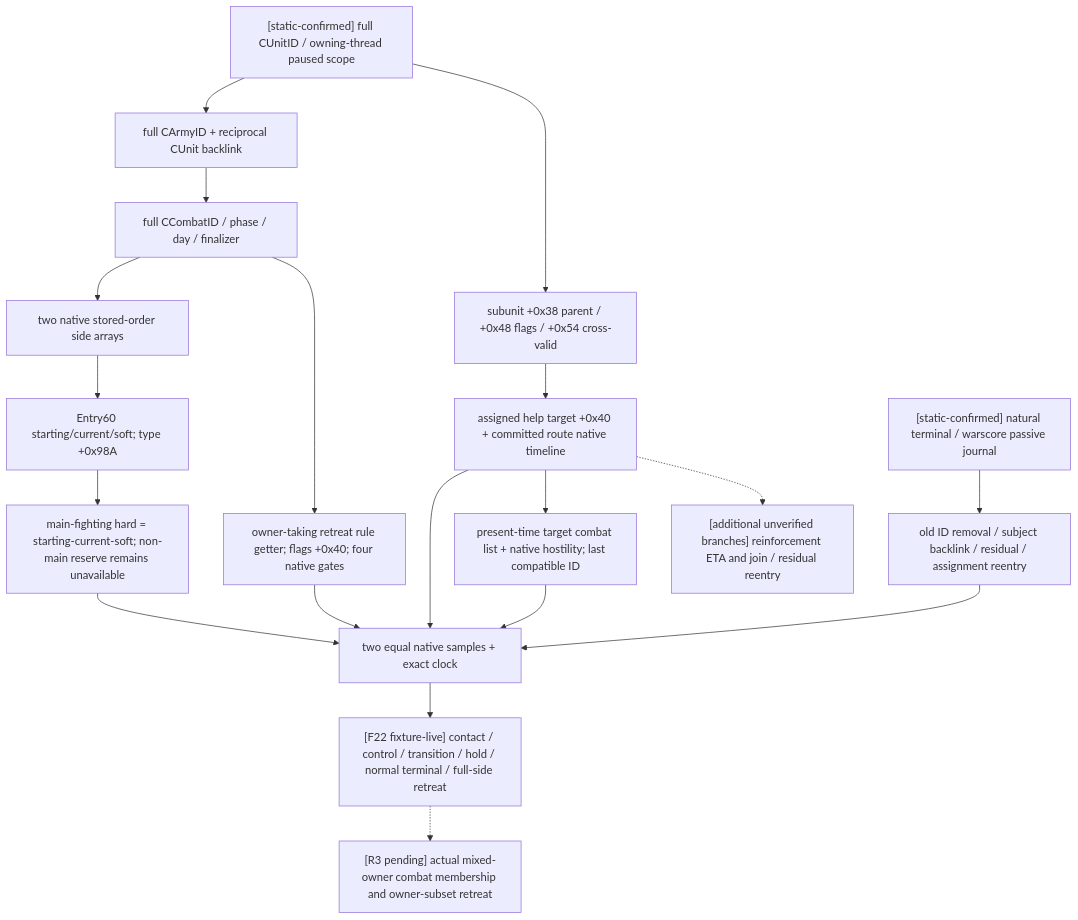
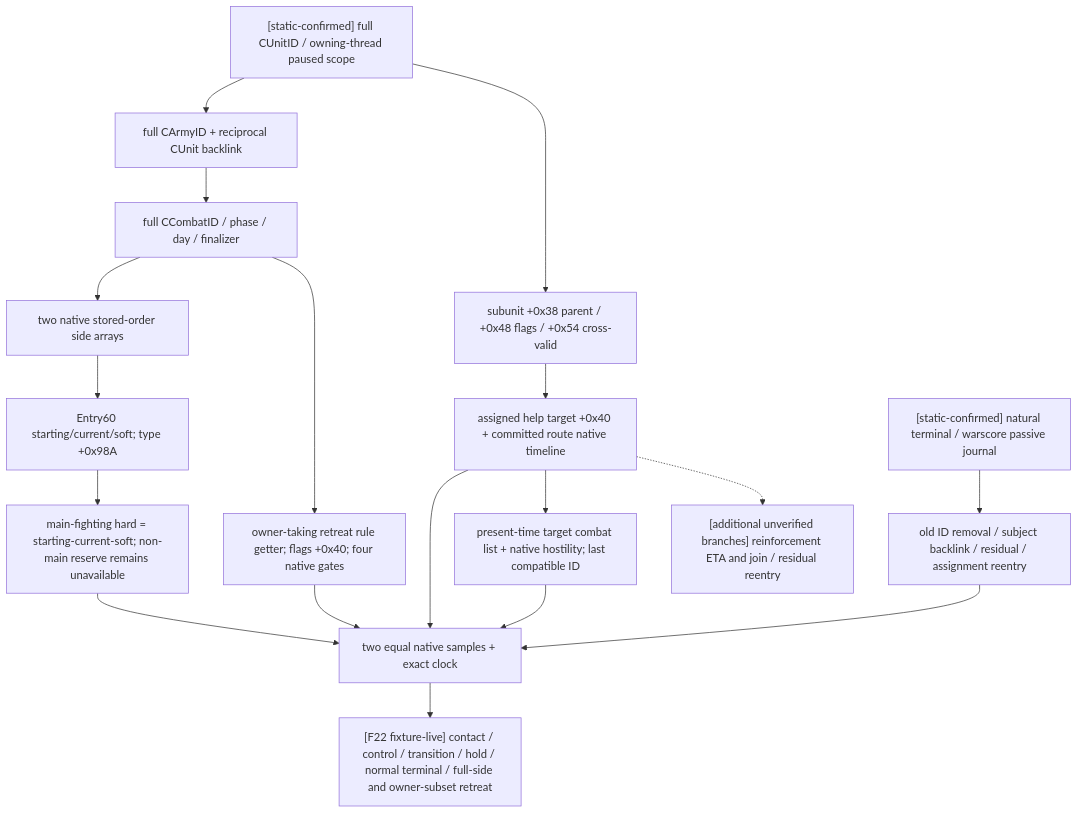
Before and after one commit to XenoAmess/ck3_eternal_recurrence: the diagram in docs/ck3-native-ai/ck3-1.20.0.2-battle-migration.md, drawn with Mermaid. The commit also changed other lines of this file and 11 other files, not shown here.

````diff
--- a/docs/ck3-native-ai/ck3-1.20.0.2-battle-migration.md
+++ b/docs/ck3-native-ai/ck3-1.20.0.2-battle-migration.md
@@ -36,21 +36,20 @@
 ```mermaid
 flowchart TD
     U["[static-confirmed] full CUnitID / owning-thread paused scope"] --> A["full CArmyID + reciprocal CUnit backlink"]
     A --> C["full CCombatID / phase / day / finalizer"]
     C --> S["two native stored-order side arrays"]
     S --> E["Entry60 starting/current/soft; type +0x98A"]
     E --> H["main-fighting hard = starting-current-soft; non-main reserve remains unavailable"]
     C --> R["owner-taking retreat rule getter; flags +0x40; four native gates"]
     U --> M["subunit +0x38 parent / +0x48 flags / +0x54 cross-valid"]
     M --> T["assigned help target +0x40 + committed route native timeline"]
     T --> P["present-time target combat list + native hostility; last compatible ID"]
     J["[static-confirmed] natural terminal / warscore passive journal"] --> D["old ID removal / subject backlink / residual / assignment reentry"]
     H --> F["two equal native samples + exact clock"]
     R --> F
     T --> F
     P --> F
     D --> F
-    F --> L["[F22 fixture-live] contact / control / transition / hold / normal terminal / full-side retreat"]
-    L -.-> V["[R3 pending] actual mixed-owner combat membership and owner-subset retreat"]
+    F --> L["[F22 fixture-live] contact / control / transition / hold / normal terminal / full-side and owner-subset retreat"]
     T -.-> Q["[additional unverified branches] reinforcement ETA and join / residual reentry"]
 ```
````
